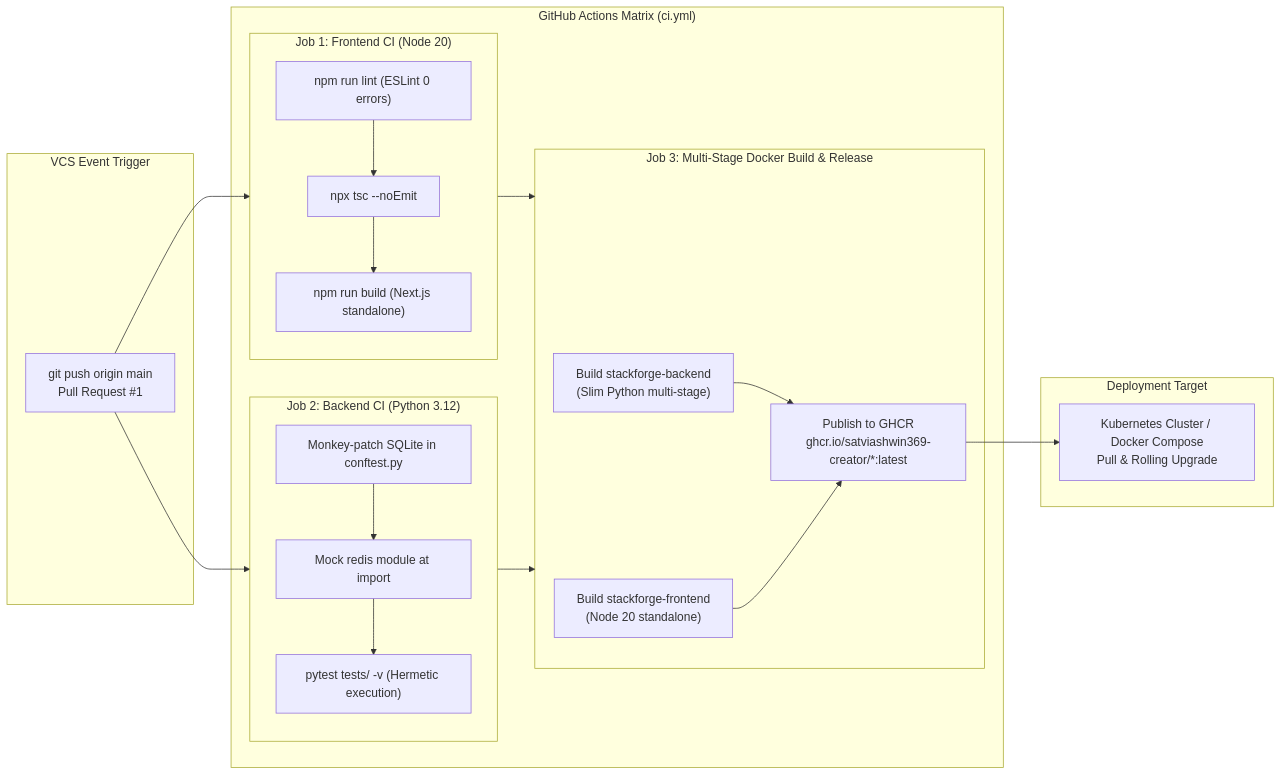
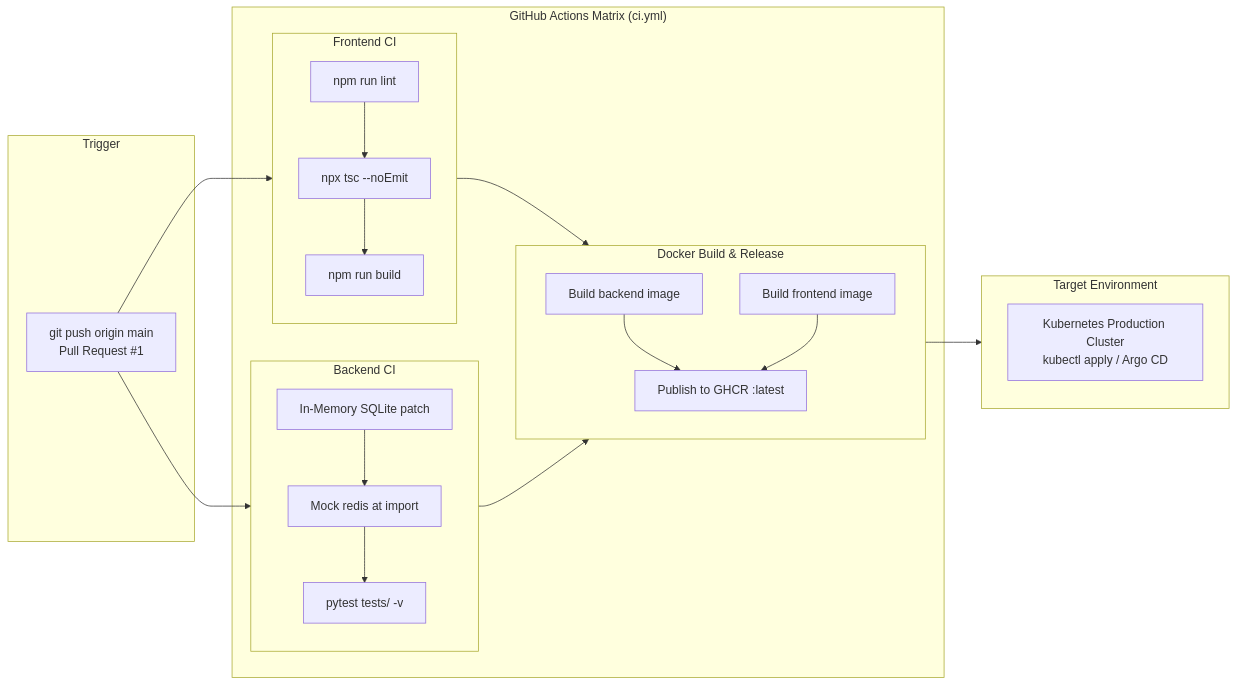
Before and after one commit to satviashwin369-creator/StackForge: the ninth of 9 diagrams in docs/Architecture.md, drawn with Mermaid. The commit also changed other lines of this file and 10 other files, not shown here.

Commit message:
docs(arch): embed 9 standalone high-res visual SVG diagrams and remove duplicate sections

````diff
--- a/docs/Architecture.md
+++ b/docs/Architecture.md
@@ -616,42 +560,31 @@
 ```mermaid
 flowchart LR
-    subgraph Trigger ["VCS Event Trigger"]
-        PushEvent["git push origin main<br/>Pull Request #1"]
+    subgraph Trigger ["Trigger"]
+        Push["git push origin main<br/>Pull Request #1"]
     end
 
-    subgraph GitHubActions ["GitHub Actions Matrix (ci.yml)"]
-        subgraph JobFrontend ["Job 1: Frontend CI (Node 20)"]
-            FE_Lint["npm run lint (ESLint 0 errors)"]
-            FE_Type["npx tsc --noEmit"]
-            FE_Build["npm run build (Next.js standalone)"]
+    subgraph Actions ["GitHub Actions Matrix (ci.yml)"]
+        subgraph Job1 ["Frontend CI"]
+            L1["npm run lint"] --> L2["npx tsc --noEmit"] --> L3["npm run build"]
         end
 
-        subgraph JobBackend ["Job 2: Backend CI (Python 3.12)"]
-            BE_Patch["Monkey-patch SQLite in conftest.py"]
-            BE_Mock["Mock redis module at import"]
-            BE_Pytest["pytest tests/ -v (Hermetic execution)"]
+        subgraph Job2 ["Backend CI"]
+            B1["In-Memory SQLite patch"] --> B2["Mock redis at import"] --> B3["pytest tests/ -v"]
         end
 
-        subgraph JobDocker ["Job 3: Multi-Stage Docker Build & Release"]
-            Dock_Back["Build stackforge-backend<br/>(Slim Python multi-stage)"]
-            Dock_Front["Build stackforge-frontend<br/>(Node 20 standalone)"]
-            GHCR_Push["Publish to GHCR<br/>ghcr.io/satviashwin369-creator/*:latest"]
+        subgraph Job3 ["Docker Build & Release"]
+            D1["Build backend image"]
+            D2["Build frontend image"]
+            D3["Publish to GHCR :latest"]
+            D1 & D2 --> D3
         end
     end
 
-    subgraph DeploymentTarget ["Deployment Target"]
-        K8sCluster["Kubernetes Cluster / Docker Compose<br/>Pull & Rolling Upgrade"]
+    subgraph Deploy ["Target Environment"]
+        K8s["Kubernetes Production Cluster<br/>kubectl apply / Argo CD"]
     end
 
-    PushEvent --> JobFrontend
-    PushEvent --> JobBackend
-    JobFrontend --> JobDocker
-    JobBackend --> JobDocker
-
-    FE_Lint --> FE_Type --> FE_Build
-    BE_Patch --> BE_Mock --> BE_Pytest
-    Dock_Back --> GHCR_Push
-    Dock_Front --> GHCR_Push
-
-    GHCR_Push --> K8sCluster
+    Push --> Job1 & Job2
+    Job1 & Job2 --> Job3
+    Job3 --> Deploy
 ```
````
